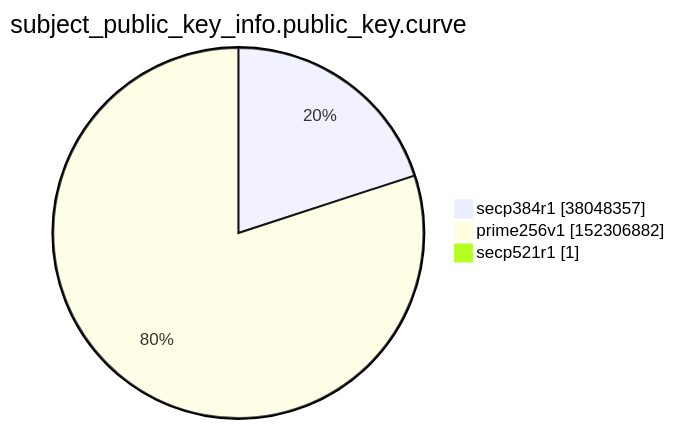
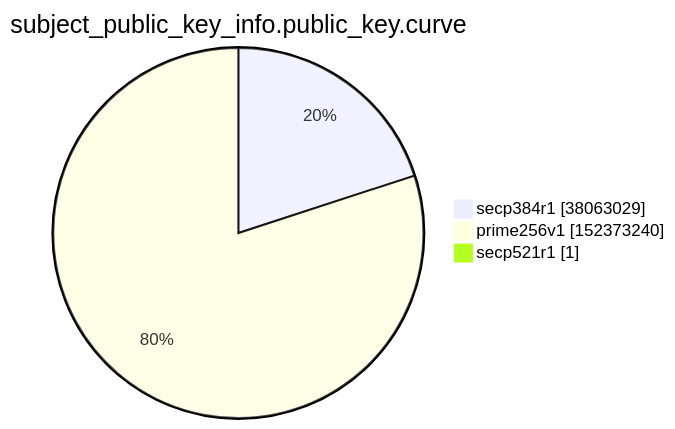
One commit to christiankrug/ctmonitor_visualization changed the ninth of 15 diagrams in xenon2022/README.md. Above: the diagram before and after it, drawn with Mermaid. The commit also changed other lines of this file, not shown here.

````diff
--- a/xenon2022/README.md
+++ b/xenon2022/README.md
@@ -2860,7 +2860,7 @@
 ```mermaid
 pie showData
 title subject_public_key_info.public_key.curve
-"secp384r1" :38048357
-"prime256v1" :152306882
+"secp384r1" :38063029
+"prime256v1" :152373240
 "secp521r1" :1
 ```
````
